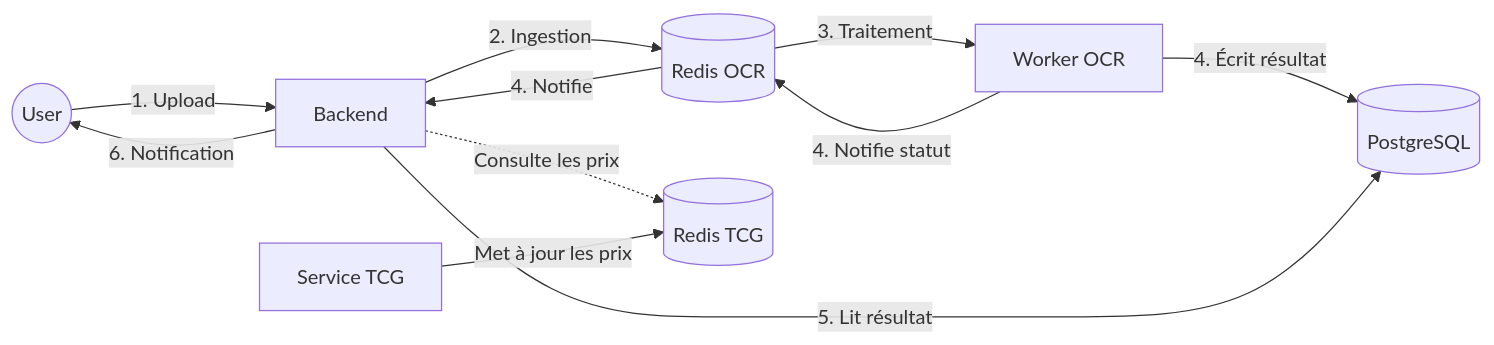
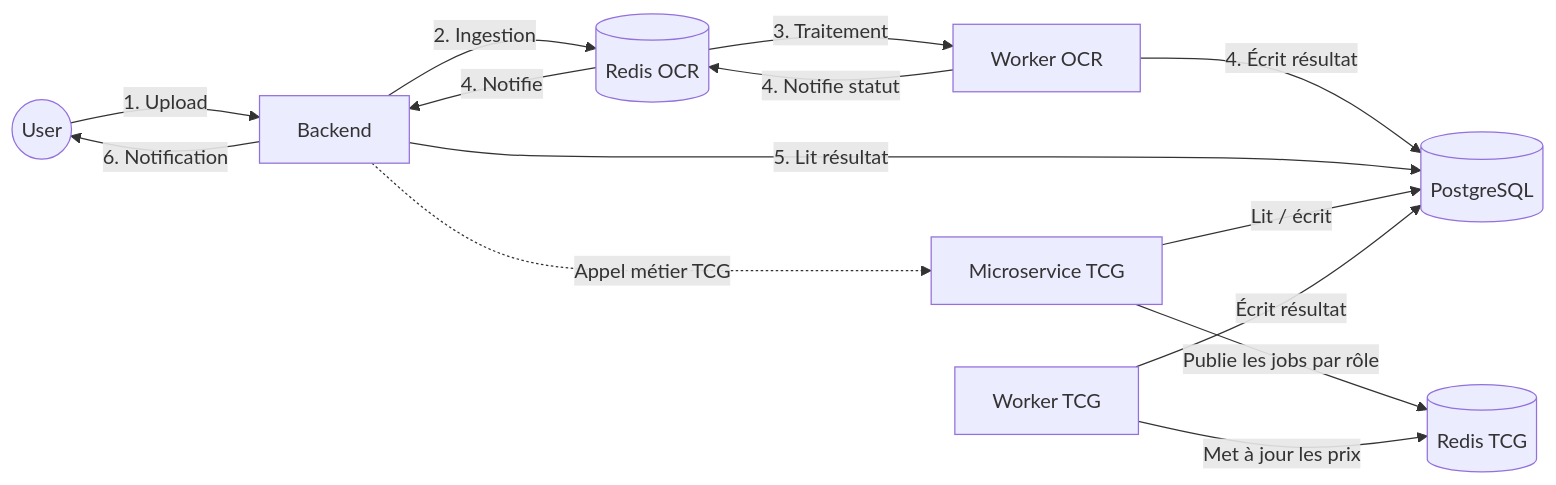
One commit to Collectionr/collectionr_epitech changed the diagram in docs/architecture/A01-architecture-logique.md. Above: the diagram before and after it, drawn with Mermaid. The commit also changed other lines of this file and 3 other files, not shown here.

Commit message:
fix: corrections-documentation-architectures

````diff
--- a/docs/architecture/A01-architecture-logique.md
+++ b/docs/architecture/A01-architecture-logique.md
@@ -60,13 +60,16 @@
 ```mermaid
 graph LR
     U((User)) -->|1. Upload| B[Backend]
     B -->|2. Ingestion| R1[(Redis OCR)]
     R1 -->|3. Traitement| W[Worker OCR]
     W -->|4. Écrit résultat| P[(PostgreSQL)]
     W -->|4. Notifie statut| R1
     R1 -->|4. Notifie| B
     B -->|5. Lit résultat| P
     B -->|6. Notification| U
-    B -.->|Consulte les prix| R2[(Redis TCG)]
-    T[Service TCG] -->|Met à jour les prix| R2
+    B -.->|Appel métier TCG| MT[Microservice TCG]
+    MT -->|Publie les jobs par rôle| R2[(Redis TCG)]
+    MT -->|Lit / écrit| P
+    WT[Worker TCG] -->|Met à jour les prix| R2
+    WT -->|Écrit résultat| P
 ```
````
